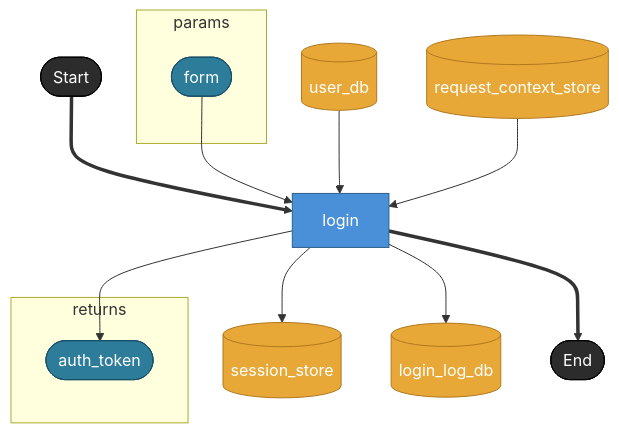
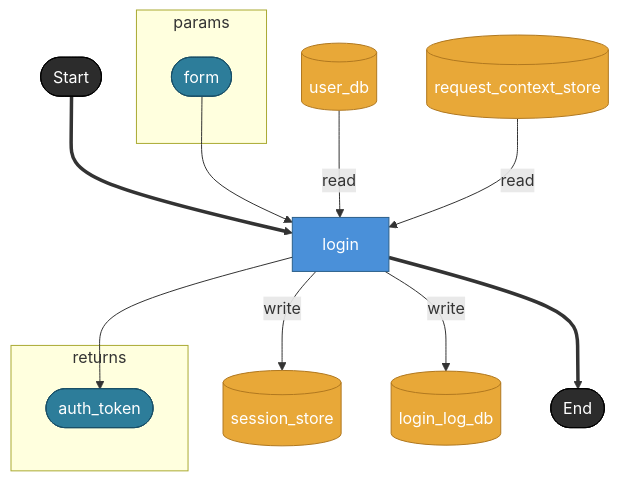
The first of 4 diagrams in docs/uc/001-ec-checkout-flow/docs/render-dag.md (hiroshiasayadev-prog/brewprint), drawn with Mermaid before and after one commit. The commit also changed other lines of this file and 2 other files, not shown here.

First line of the commit message:
docs: label DAG store access edges

````diff
--- a/docs/uc/001-ec-checkout-flow/docs/render-dag.md
+++ b/docs/uc/001-ec-checkout-flow/docs/render-dag.md
@@ -9,29 +9,29 @@
 ```mermaid
 flowchart TD
   subgraph params
     form([form])
   end
   subgraph returns
     auth_token([auth_token])
   end
 
   _start([Start]) ==> login[login]
   form --> login
 
-  user_db[(user_db)] --> login
-  request_context_store[(request_context_store)] --> login
-  login --> session_store[(session_store)]
-  login --> login_log_db[(login_log_db)]
+  user_db[(user_db)] -- "read" --> login
+  request_context_store[(request_context_store)] -- "read" --> login
+  login -- "write" --> session_store[(session_store)]
+  login -- "write" --> login_log_db[(login_log_db)]
 
   login --> auth_token
   login ==> _end([End])
 
   classDef taskNode     fill:#4A90D9,stroke:#2C5F8A,color:#fff
   classDef storeNode    fill:#E8A838,stroke:#B07820,color:#fff
   classDef terminalNode fill:#2C2C2C,stroke:#000,color:#fff
   classDef boundaryNode fill:#2D7D9A,stroke:#1A5068,color:#fff
   class login taskNode
   class user_db,request_context_store,session_store,login_log_db storeNode
   class _start,_end terminalNode
   class form,auth_token boundaryNode
 ```
````
